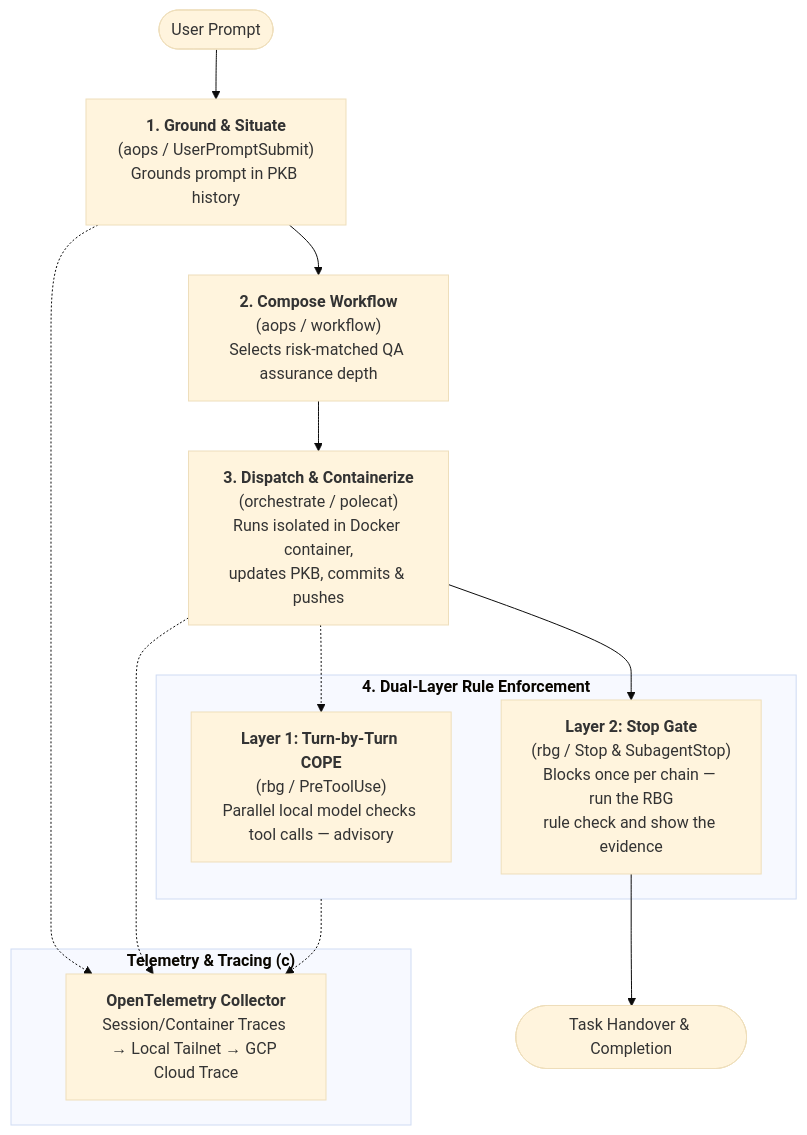
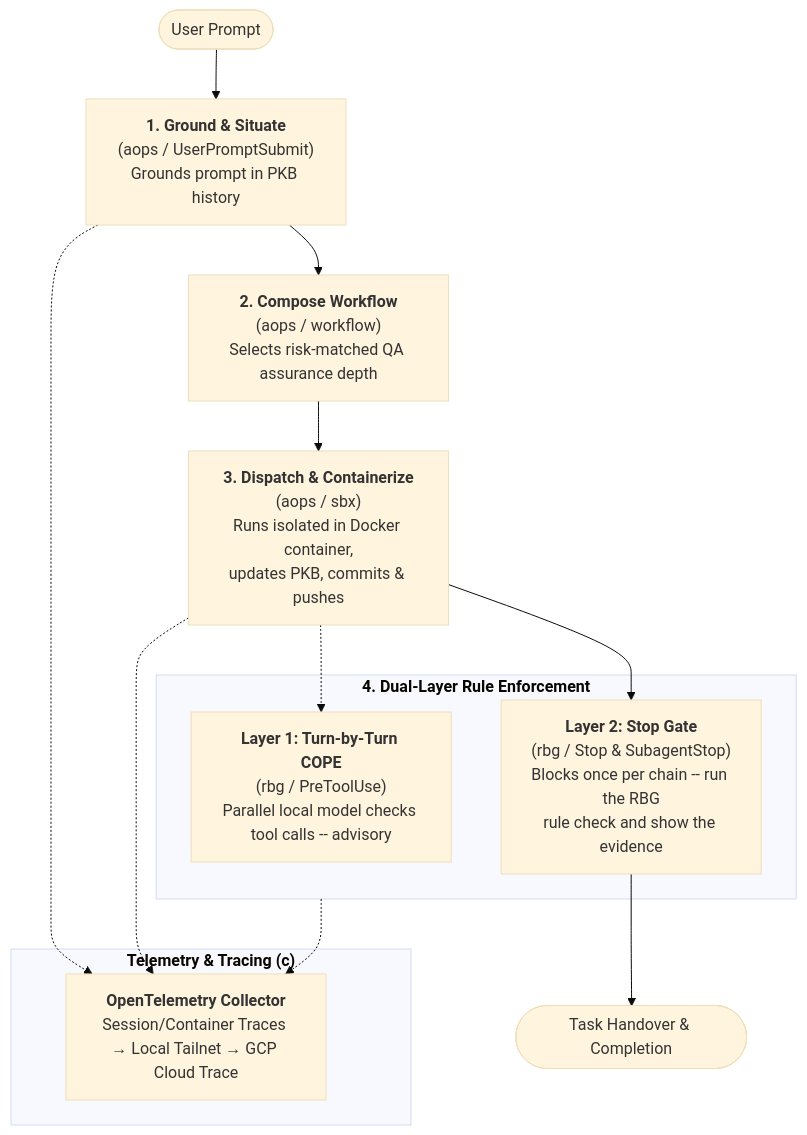
One commit to nicsuzor/academicOps changed the diagram in README.md. Above: the diagram before and after it, drawn with Mermaid (base theme). The commit also changed other lines of this file and 4 other files, not shown here.

Commit message:
feat(dispatch): add programmatic branch checkout and sbx pc wrapper

````diff
--- a/README.md
+++ b/README.md
@@ -14,23 +14,23 @@
 ```mermaid
 flowchart TD
     U([User Prompt]) --> P1["<b>1. Ground & Situate</b><br/>(aops / UserPromptSubmit)<br/>Grounds prompt in PKB history"]
     P1 --> P2["<b>2. Compose Workflow</b><br/>(aops / workflow)<br/>Selects risk-matched QA assurance depth"]
-    P2 --> P3["<b>3. Dispatch & Containerize</b><br/>(orchestrate / polecat)<br/>Runs isolated in Docker container,<br/>updates PKB, commits & pushes"]
+    P2 --> P3["<b>3. Dispatch & Containerize</b><br/>(aops / sbx)<br/>Runs isolated in Docker container,<br/>updates PKB, commits & pushes"]
     
     subgraph Enforcement["<b>4. Dual-Layer Rule Enforcement</b>"]
-        E1["<b>Layer 1: Turn-by-Turn COPE</b><br/>(rbg / PreToolUse)<br/>Parallel local model checks tool calls — advisory"]
-        E2["<b>Layer 2: Stop Gate</b><br/>(rbg / Stop & SubagentStop)<br/>Blocks once per chain — run the RBG<br/>rule check and show the evidence"]
+        E1["<b>Layer 1: Turn-by-Turn COPE</b><br/>(rbg / PreToolUse)<br/>Parallel local model checks tool calls -- advisory"]
+        E2["<b>Layer 2: Stop Gate</b><br/>(rbg / Stop & SubagentStop)<br/>Blocks once per chain -- run the RBG<br/>rule check and show the evidence"]
     end
 
     P3 -.-> E1
     P3 --> E2
     E2 --> F([Task Handover & Completion])
 
     subgraph Tracing["<b>Telemetry & Tracing (c)</b>"]
         OTEL["<b>OpenTelemetry Collector</b><br/>Session/Container Traces → Local Tailnet → GCP Cloud Trace"]
     end
 
     P1 -.-> OTEL
     P3 -.-> OTEL
     Enforcement -.-> OTEL
 ```
````
